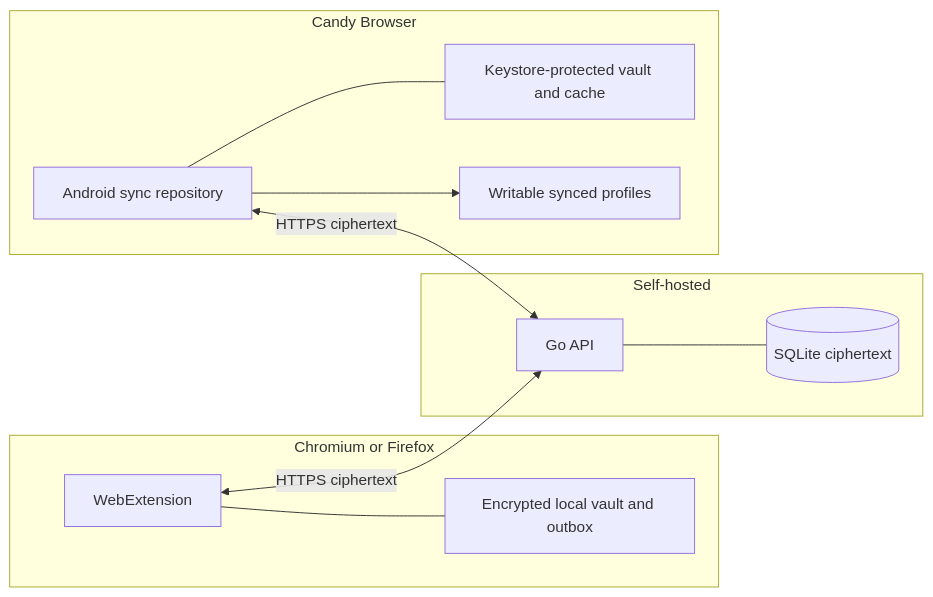
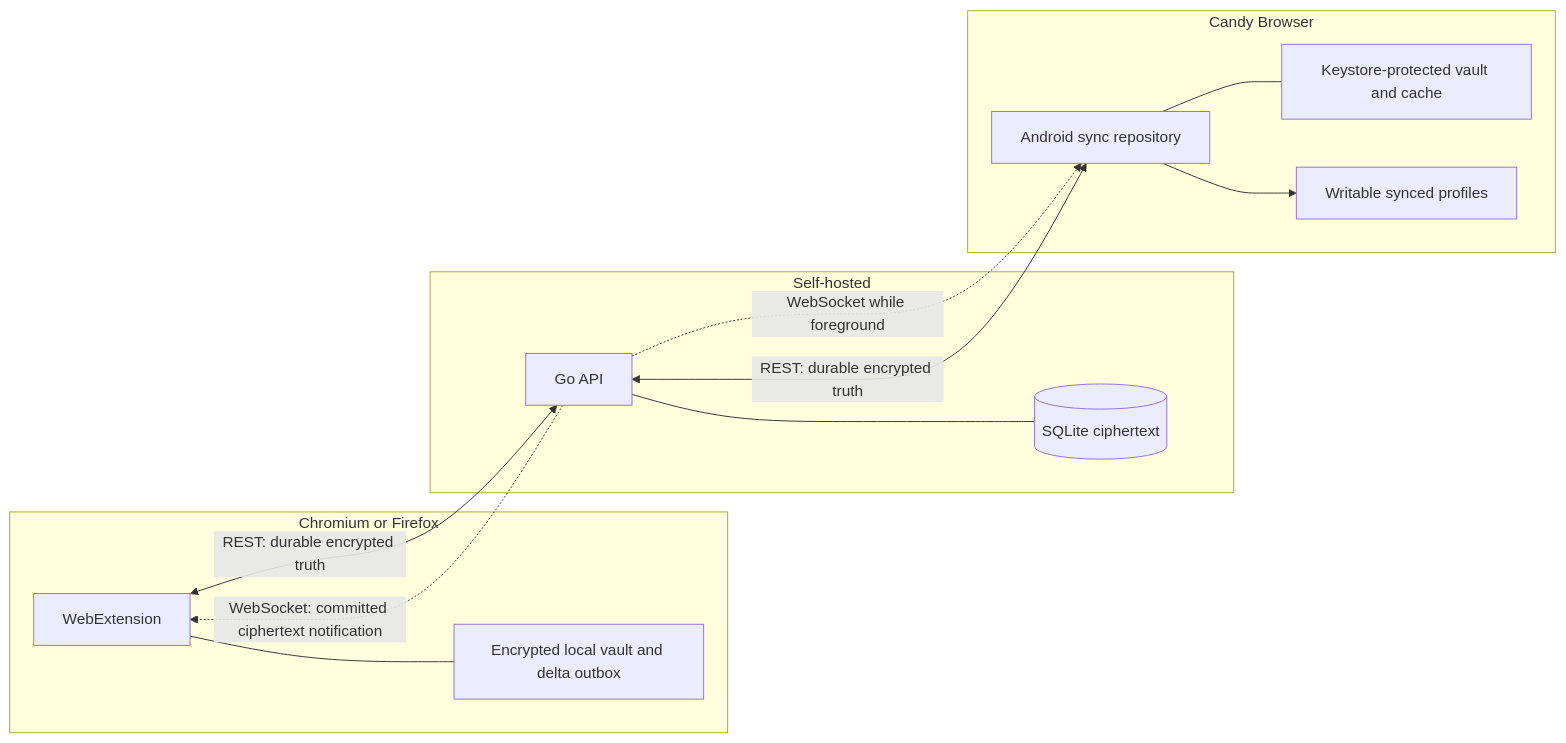
Before and after one commit to sk2andy/candy-browser: the diagram in docs/sync/README.md, drawn with Mermaid. The commit also changed other lines of this file and 68 other files, not shown here.

````diff
--- a/docs/sync/README.md
+++ b/docs/sync/README.md
@@ -36,22 +39,24 @@
 ```mermaid
 flowchart LR
     subgraph Desktop[Chromium or Firefox]
         E[WebExtension]
-        V1[Encrypted local vault and outbox]
+        V1[Encrypted local vault and delta outbox]
         E --- V1
     end
     subgraph Host[Self-hosted]
         S[Go API]
         DB[(SQLite ciphertext)]
         S --- DB
     end
     subgraph Android[Candy Browser]
         A[Android sync repository]
         V2[Keystore-protected vault and cache]
         P[Writable synced profiles]
         A --- V2
         A --> P
     end
-    E <-->|HTTPS ciphertext| S
-    A <-->|HTTPS ciphertext| S
+    E <-->|REST: durable encrypted truth| S
+    A <-->|REST: durable encrypted truth| S
+    S -.->|WebSocket: committed ciphertext notification| E
+    S -.->|WebSocket while foreground| A
 ```
````
